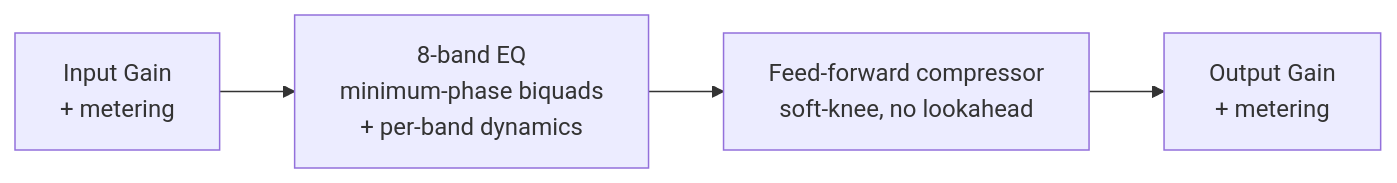
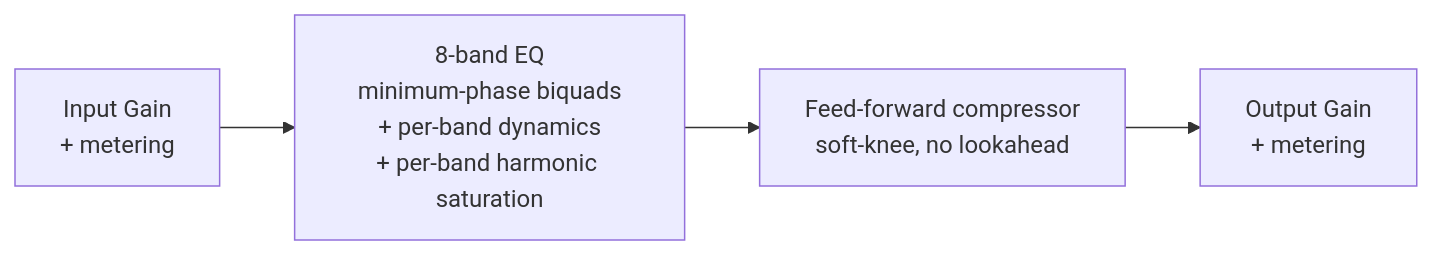
The diagram in README.md (allansargeant/zero-eq), drawn with Mermaid before and after one commit. The commit also changed other lines of this file and 11 other files, not shown here.

````diff
--- a/README.md
+++ b/README.md
@@ -47,6 +50,6 @@
 ```mermaid
 flowchart LR
-    IN["Input Gain<br/>+ metering"] --> EQ["8-band EQ<br/>minimum-phase biquads<br/>+ per-band dynamics"]
+    IN["Input Gain<br/>+ metering"] --> EQ["8-band EQ<br/>minimum-phase biquads<br/>+ per-band dynamics<br/>+ per-band harmonic saturation"]
     EQ --> COMP["Feed-forward compressor<br/>soft-knee, no lookahead"]
     COMP --> OUT["Output Gain<br/>+ metering"]
 ```
````
